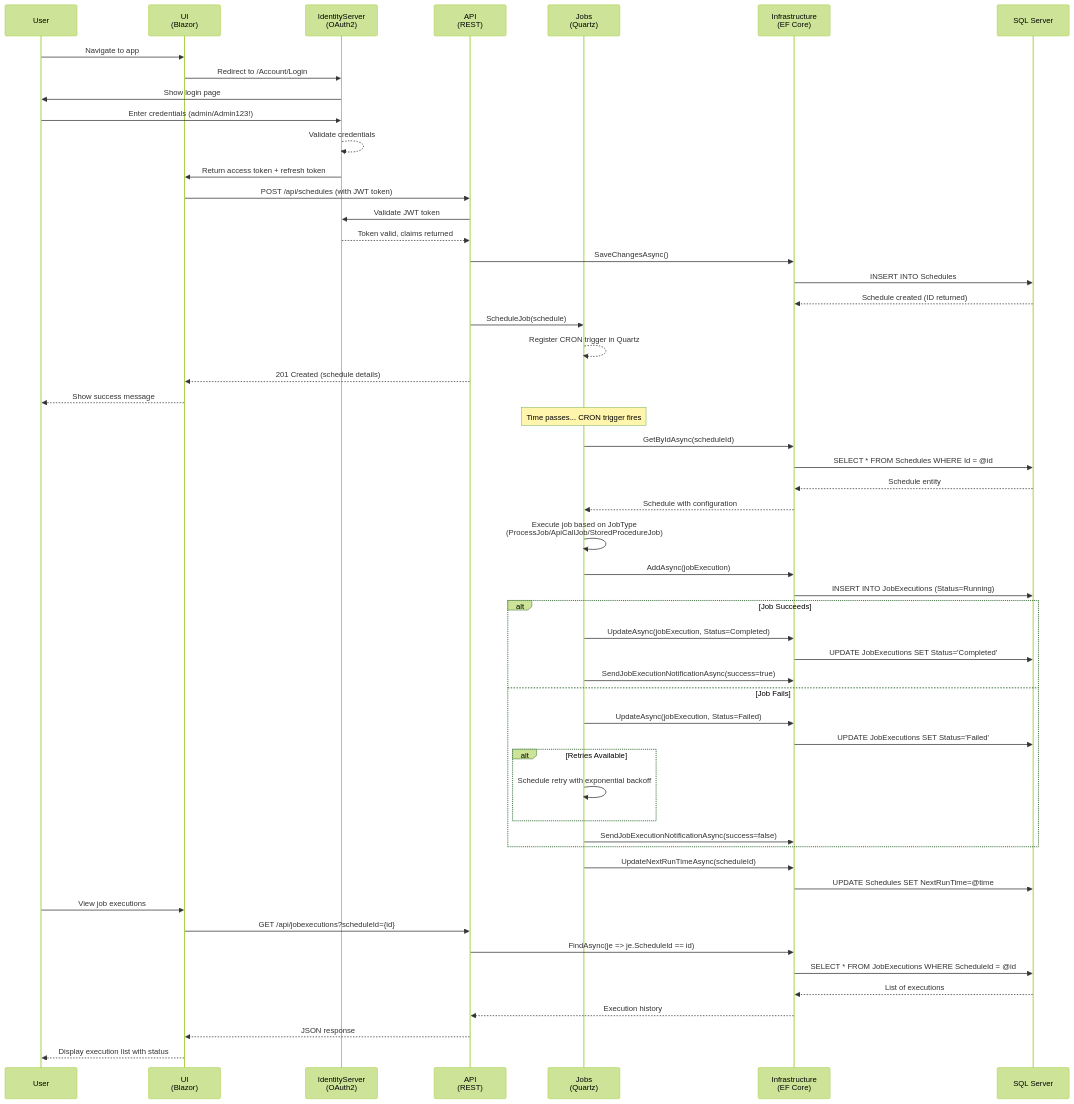
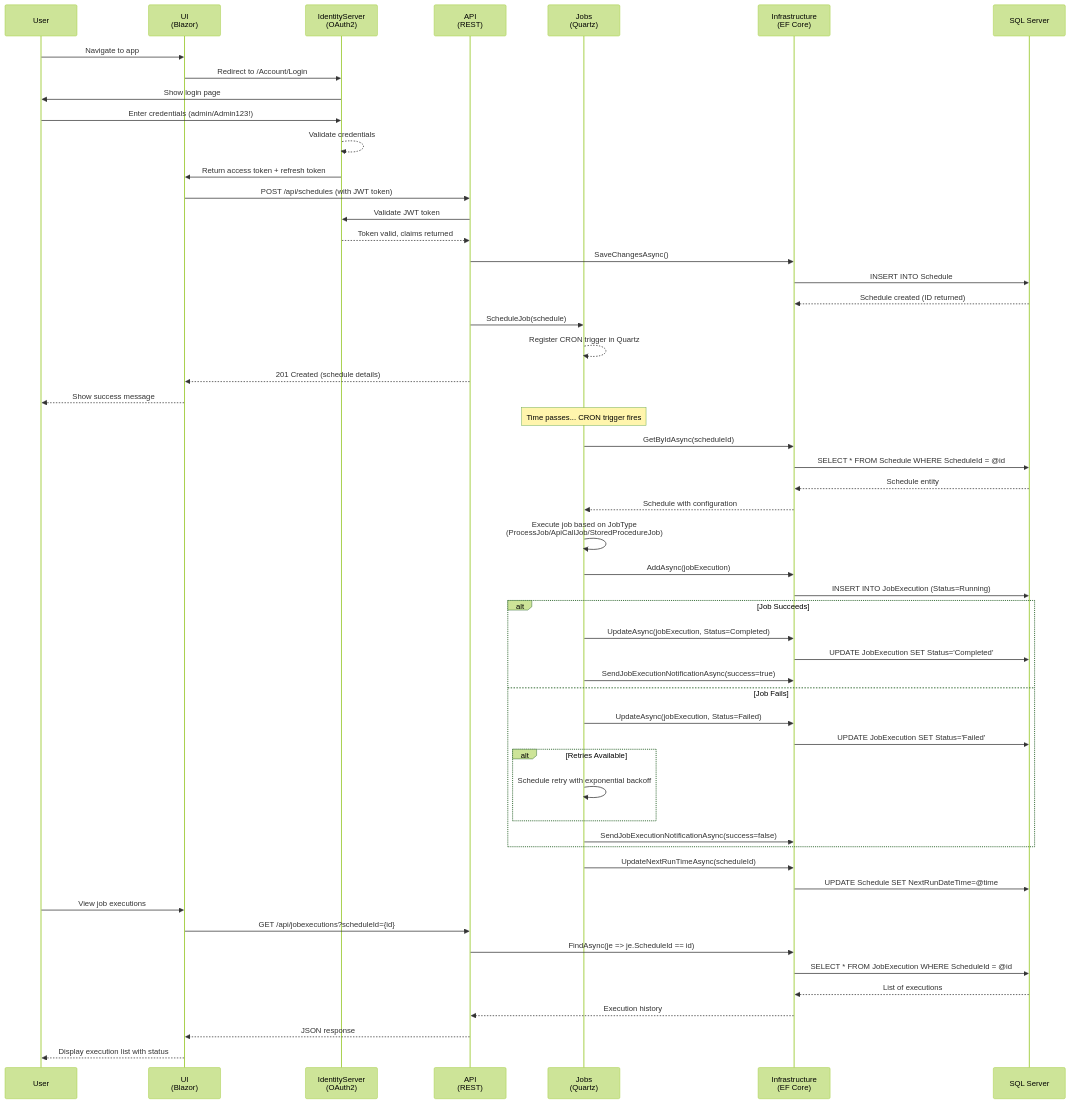
One commit to lcassin/Scheduler_Platform changed the second of 2 diagrams in README.md. Above: the diagram before and after it, drawn with Mermaid (forest theme). The commit also changed 20 other files, not shown here.

````diff
--- a/README.md
+++ b/README.md
@@ -135,65 +135,65 @@
 ```mermaid
 sequenceDiagram
     participant User
     participant UI as UI<br/>(Blazor)
     participant Identity as IdentityServer<br/>(OAuth2)
     participant API as API<br/>(REST)
     participant Jobs as Jobs<br/>(Quartz)
     participant Infra as Infrastructure<br/>(EF Core)
     participant DB as SQL Server
     
     User->>UI: Navigate to app
     UI->>Identity: Redirect to /Account/Login
     Identity->>User: Show login page
     User->>Identity: Enter credentials (admin/Admin123!)
     Identity-->>Identity: Validate credentials
     Identity->>UI: Return access token + refresh token
     
     UI->>API: POST /api/schedules (with JWT token)
     API->>Identity: Validate JWT token
     Identity-->>API: Token valid, claims returned
     API->>Infra: SaveChangesAsync()
-    Infra->>DB: INSERT INTO Schedules
+    Infra->>DB: INSERT INTO Schedule
     DB-->>Infra: Schedule created (ID returned)
     API->>Jobs: ScheduleJob(schedule)
     Jobs-->>Jobs: Register CRON trigger in Quartz
     API-->>UI: 201 Created (schedule details)
     UI-->>User: Show success message
     
     Note over Jobs: Time passes... CRON trigger fires
     
     Jobs->>Infra: GetByIdAsync(scheduleId)
-    Infra->>DB: SELECT * FROM Schedules WHERE Id = @id
+    Infra->>DB: SELECT * FROM Schedule WHERE ScheduleId = @id
     DB-->>Infra: Schedule entity
     Infra-->>Jobs: Schedule with configuration
     
     Jobs->>Jobs: Execute job based on JobType<br/>(ProcessJob/ApiCallJob/StoredProcedureJob)
     
     Jobs->>Infra: AddAsync(jobExecution)
-    Infra->>DB: INSERT INTO JobExecutions (Status=Running)
+    Infra->>DB: INSERT INTO JobExecution (Status=Running)
     
     alt Job Succeeds
         Jobs->>Infra: UpdateAsync(jobExecution, Status=Completed)
-        Infra->>DB: UPDATE JobExecutions SET Status='Completed'
+        Infra->>DB: UPDATE JobExecution SET Status='Completed'
         Jobs->>Infra: SendJobExecutionNotificationAsync(success=true)
     else Job Fails
         Jobs->>Infra: UpdateAsync(jobExecution, Status=Failed)
-        Infra->>DB: UPDATE JobExecutions SET Status='Failed'
+        Infra->>DB: UPDATE JobExecution SET Status='Failed'
         alt Retries Available
             Jobs->>Jobs: Schedule retry with exponential backoff
         end
         Jobs->>Infra: SendJobExecutionNotificationAsync(success=false)
     end
     
     Jobs->>Infra: UpdateNextRunTimeAsync(scheduleId)
-    Infra->>DB: UPDATE Schedules SET NextRunTime=@time
+    Infra->>DB: UPDATE Schedule SET NextRunDateTime=@time
     
     User->>UI: View job executions
     UI->>API: GET /api/jobexecutions?scheduleId={id}
     API->>Infra: FindAsync(je => je.ScheduleId == id)
-    Infra->>DB: SELECT * FROM JobExecutions WHERE ScheduleId = @id
+    Infra->>DB: SELECT * FROM JobExecution WHERE ScheduleId = @id
     DB-->>Infra: List of executions
     Infra-->>API: Execution history
     API-->>UI: JSON response
     UI-->>User: Display execution list with status
 ```
````
